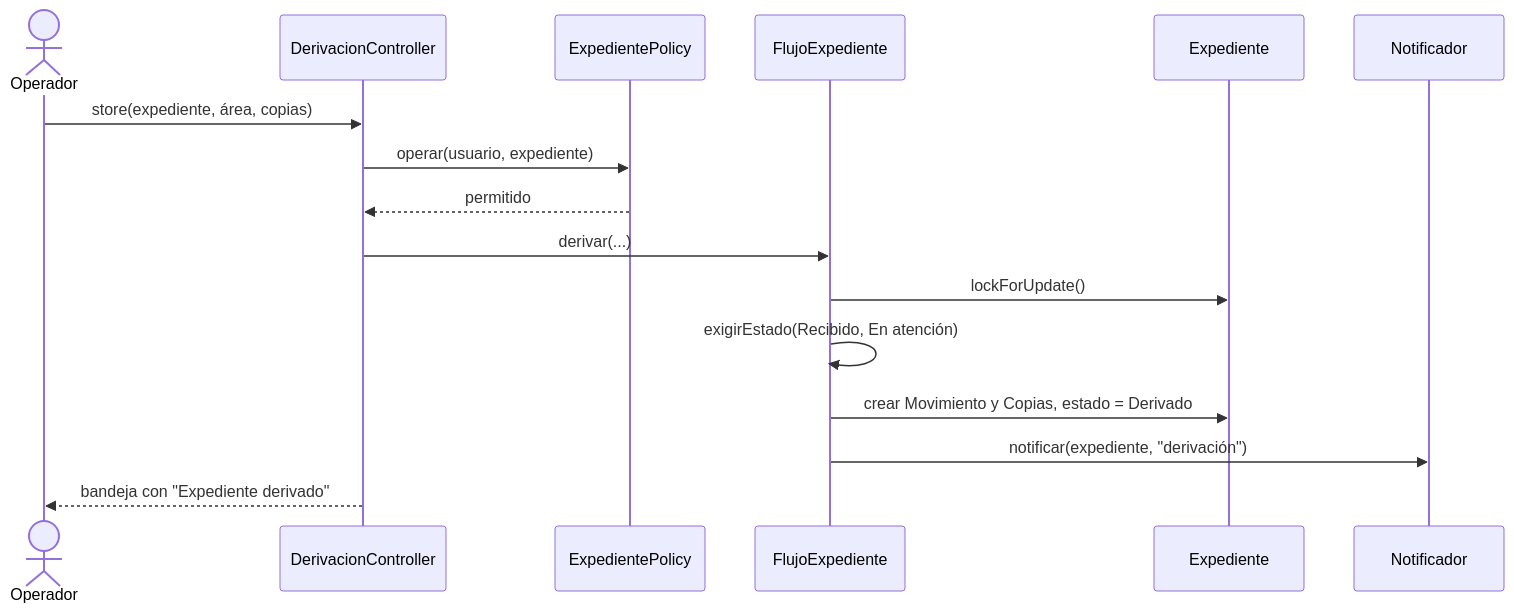
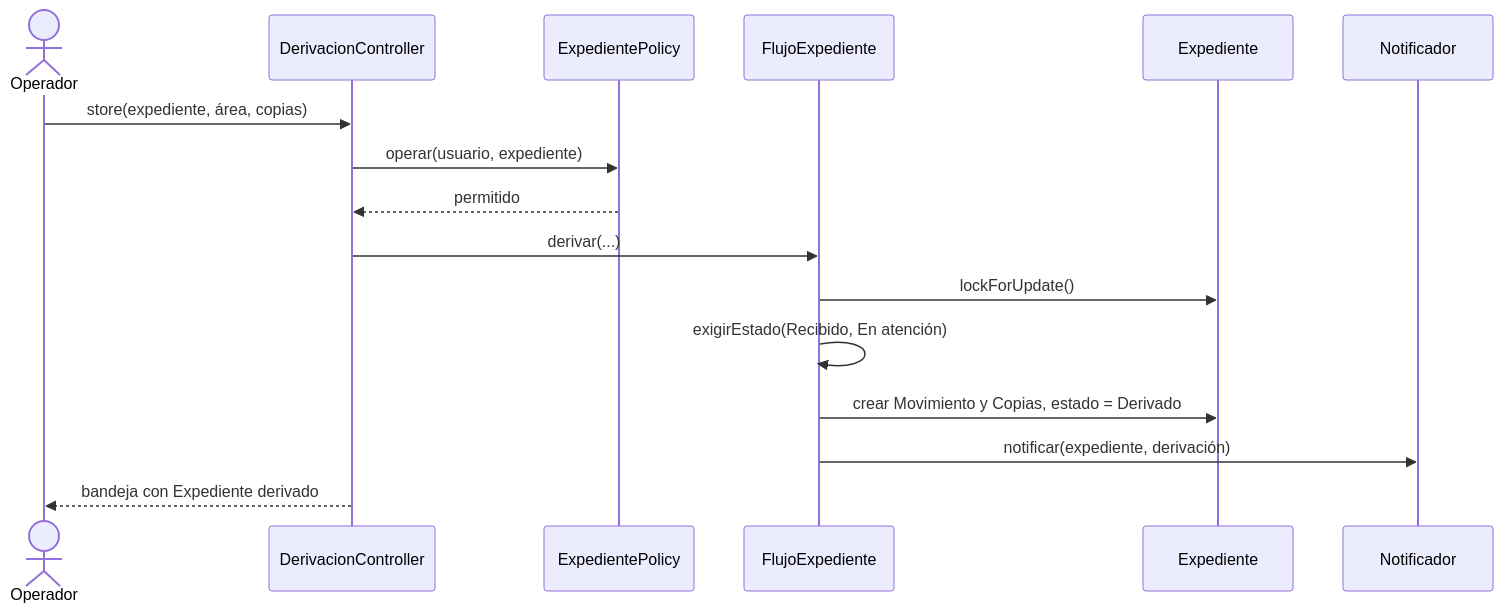
One commit to Yunfer2000/MesaPartes-arquitSoft changed the third of 3 diagrams in docs/03-diseno-de-software/diseno-interno/diseno-interno-de-modulos.md. Above: the diagram before and after it, drawn with Mermaid. The commit also changed 2 other files, not shown here.

Commit message:
Corregir sintaxis de los diagramas mermaid (C4 nivel 1, nivel 4 y diseño interno)

````diff
--- a/docs/03-diseno-de-software/diseno-interno/diseno-interno-de-modulos.md
+++ b/docs/03-diseno-de-software/diseno-interno/diseno-interno-de-modulos.md
@@ -149,18 +149,18 @@
 ```mermaid
 sequenceDiagram
     actor Op as Operador
     participant C as DerivacionController
     participant P as ExpedientePolicy
     participant F as FlujoExpediente
     participant E as Expediente
     participant N as Notificador
     Op->>C: store(expediente, área, copias)
     C->>P: operar(usuario, expediente)
     P-->>C: permitido
     C->>F: derivar(...)
     F->>E: lockForUpdate()
     F->>F: exigirEstado(Recibido, En atención)
     F->>E: crear Movimiento y Copias, estado = Derivado
-    F->>N: notificar(expediente, "derivación")
-    C-->>Op: bandeja con "Expediente derivado"
+    F->>N: notificar(expediente, derivación)
+    C-->>Op: bandeja con Expediente derivado
 ```
````
